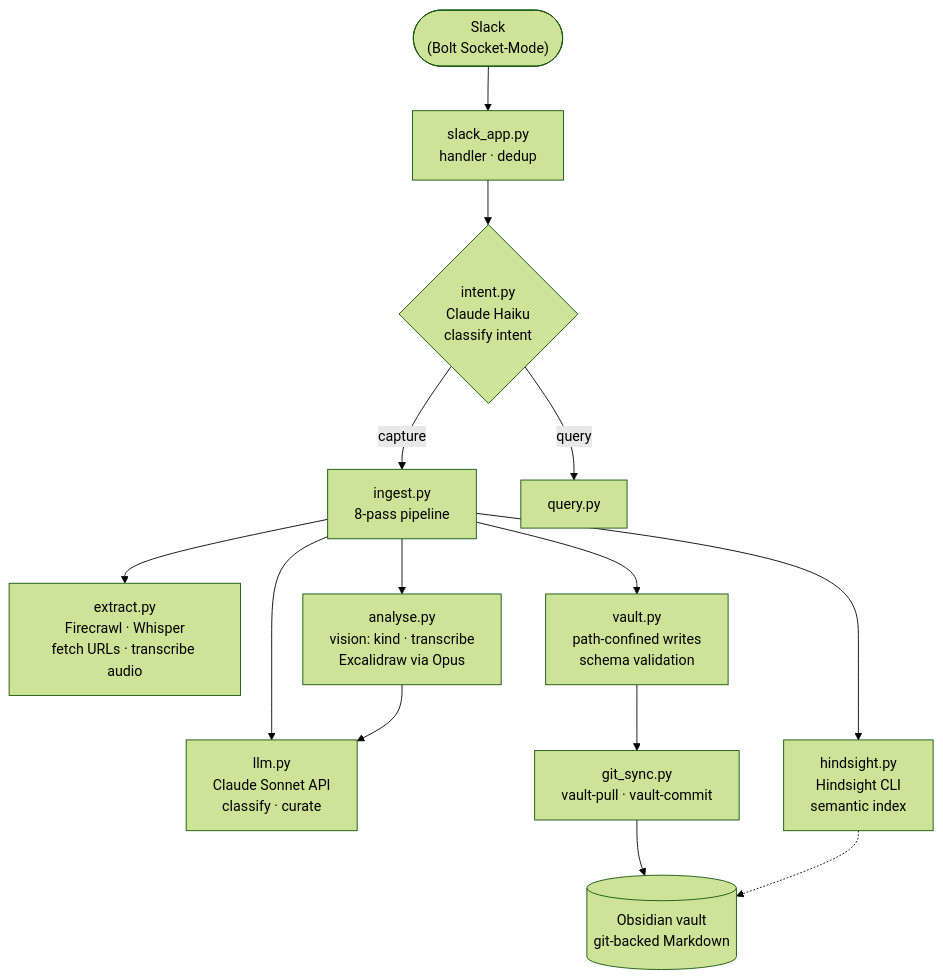
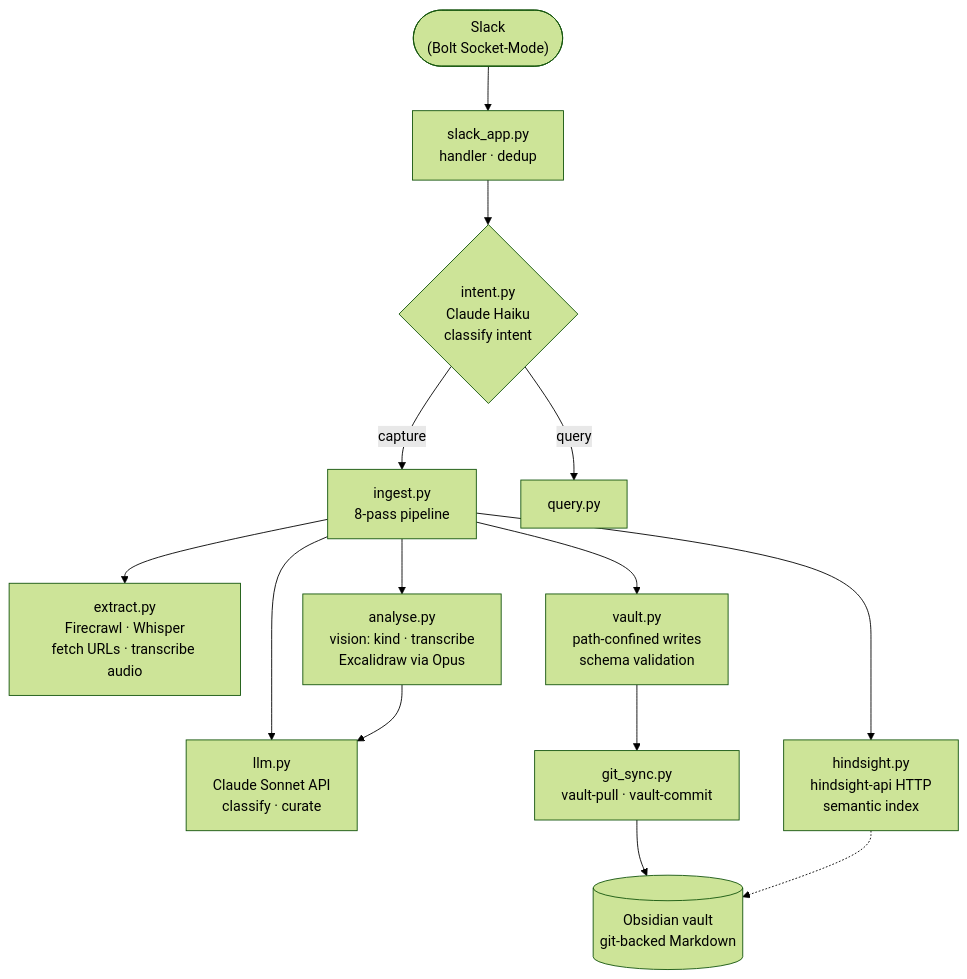
One commit to gilesknap/thoth changed the first of 2 diagrams in docs/explanations/architecture.md. Above: the diagram before and after it, drawn with Mermaid (forest theme). The commit also changed other lines of this file and 15 other files, not shown here.

````diff
--- a/docs/explanations/architecture.md
+++ b/docs/explanations/architecture.md
@@ -26,17 +26,17 @@
 ```{mermaid}
 flowchart TB
     slack(["Slack<br>(Bolt Socket-Mode)"])
     slack --> sa["slack_app.py<br>handler · dedup"]
     sa --> ig{"intent.py<br>Claude Haiku<br>classify intent"}
     ig -->|capture| ing["ingest.py<br>8-pass pipeline"]
     ig -->|query| qry["query.py"]
     ing --> ext["extract.py<br>Firecrawl · Whisper<br>fetch URLs · transcribe audio"]
     ing --> an["analyse.py<br>vision: kind · transcribe<br>Excalidraw via Opus"]
     ing --> llm["llm.py<br>Claude Sonnet API<br>classify · curate"]
     an --> llm
     ing --> va["vault.py<br>path-confined writes<br>schema validation"]
-    ing --> hs["hindsight.py<br>Hindsight CLI<br>semantic index"]
+    ing --> hs["hindsight.py<br>hindsight-api HTTP<br>semantic index"]
     va --> gs["git_sync.py<br>vault-pull · vault-commit"]
     gs --> ov[("Obsidian vault<br>git-backed Markdown")]
     hs -.-> ov
 ```
````
